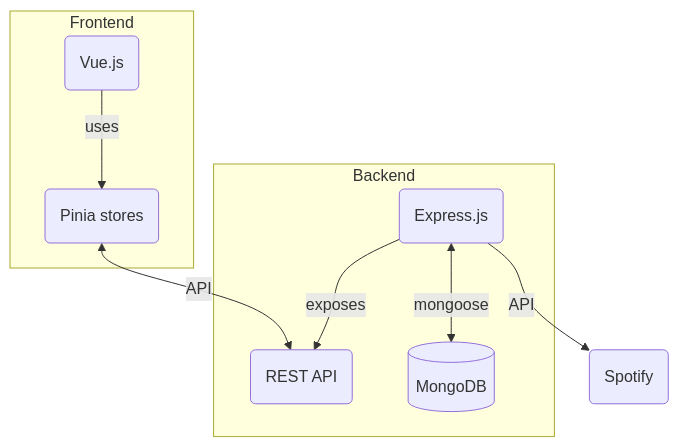
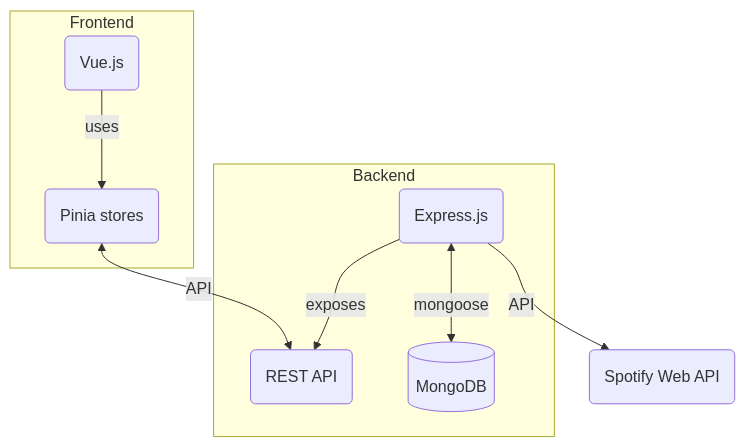
Before and after one commit to Hidan0/social-network-for-music: the diagram in RELAZIONE.md, drawn with Mermaid. The commit also changed other lines of this file, not shown here.

````diff
--- a/RELAZIONE.md
+++ b/RELAZIONE.md
@@ -81,12 +81,12 @@
 ```mermaid
 flowchart TD
 subgraph gbe [Backend]
 	ejs(Express.js) -- exposes --> api(REST API)
 	ejs <--mongoose--> db[(MongoDB)]
 end
-ejs -- API --> sp(Spotify)
+ejs -- API --> sp(Spotify Web API)
 subgraph gfe [Frontend]
 	vue(Vue.js) -- uses --> p(Pinia stores)
 	p <-- API --> api
 end
 ```
````
